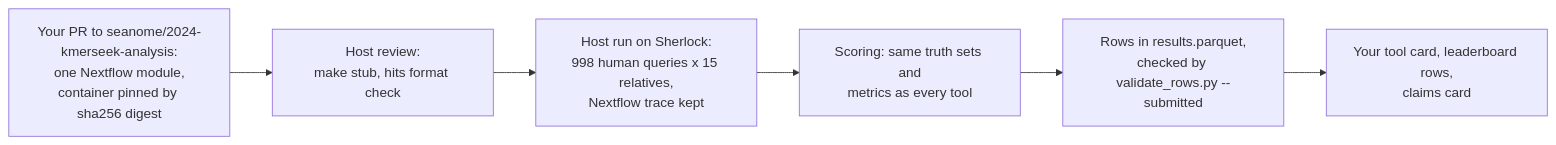
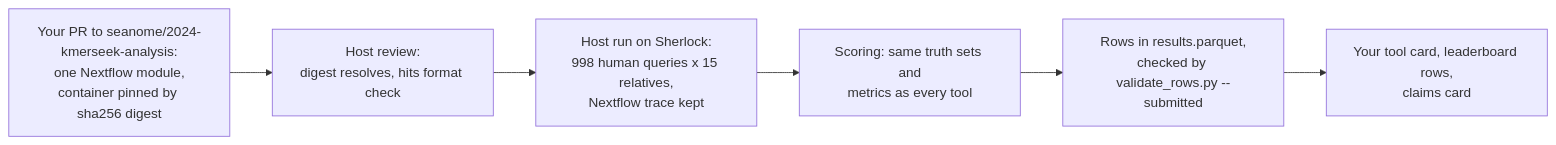
Before and after one commit to seanome/protein-function-annotation-leaderboard: the diagram in SUBMIT.md, drawn with Mermaid. The commit also changed other lines of this file, not shown here.

Commit message:
SUBMIT.md: the review step is the digest and hits check; there is no make stub target

````diff
--- a/SUBMIT.md
+++ b/SUBMIT.md
@@ -9,8 +9,8 @@
 ```mermaid
 flowchart LR
-  A["Your PR to seanome/2024-kmerseek-analysis:<br/>one Nextflow module,<br/>container pinned by sha256 digest"] --> B["Host review:<br/>make stub, hits format check"]
+  A["Your PR to seanome/2024-kmerseek-analysis:<br/>one Nextflow module,<br/>container pinned by sha256 digest"] --> B["Host review:<br/>digest resolves, hits format check"]
   B --> C["Host run on Sherlock:<br/>998 human queries x 15 relatives,<br/>Nextflow trace kept"]
   C --> D["Scoring: same truth sets and<br/>metrics as every tool"]
   D --> E["Rows in results.parquet,<br/>checked by validate_rows.py --submitted"]
   E --> F["Your tool card, leaderboard rows,<br/>claims card"]
 ```
````
